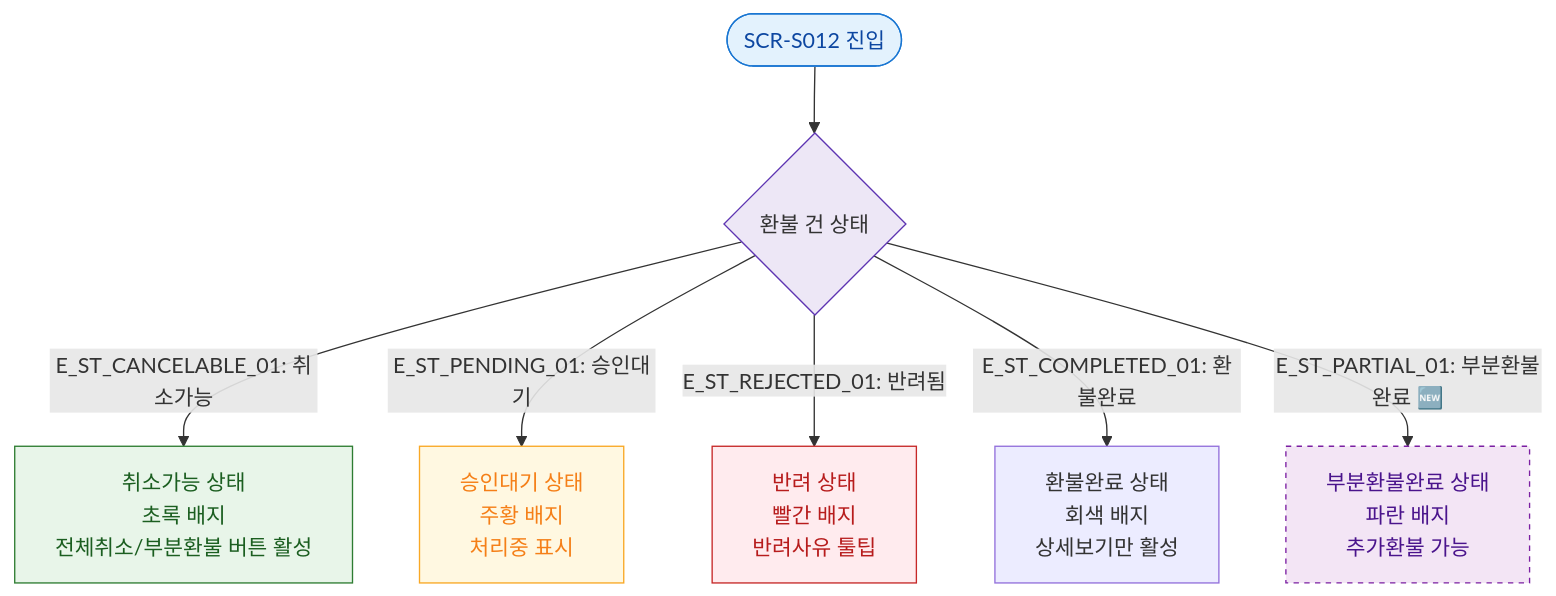
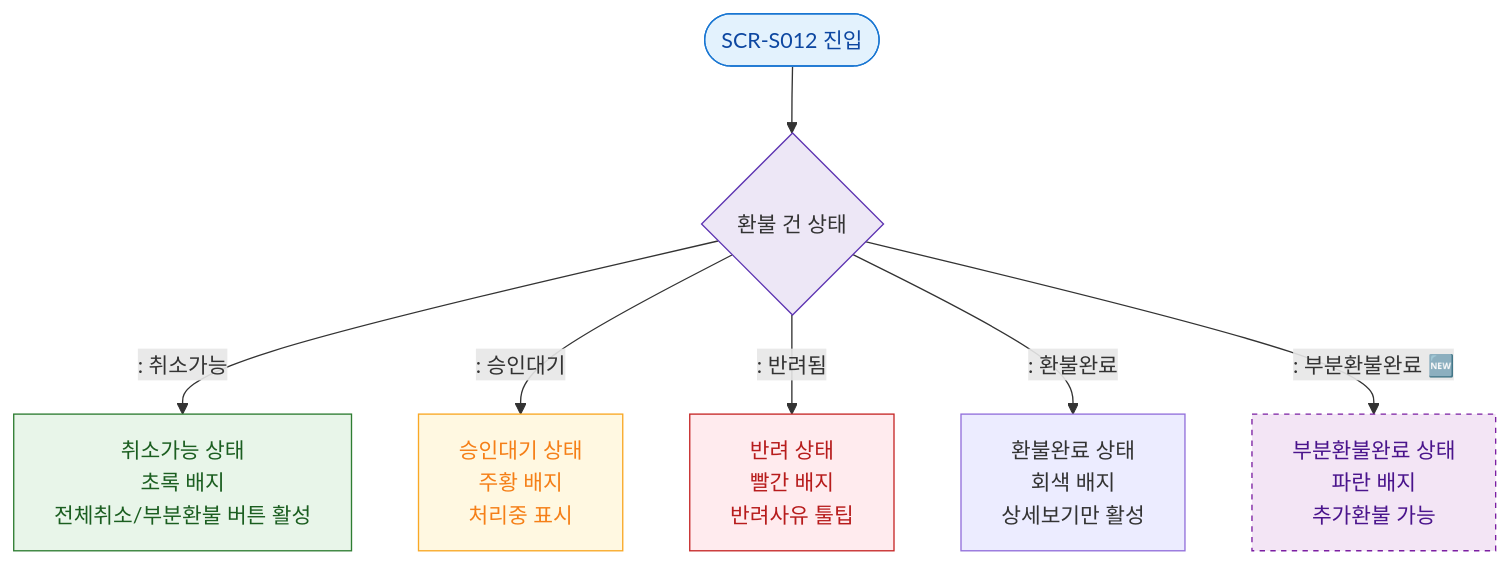
Before and after one commit to dev-spogym/admin-pando: the diagram in docs/다이어그램/D03_매출관리/SCR-S012_결제취소_부분환불/F6_상태별.md, drawn with Mermaid. The commit also changed other lines of this file and 1660 other files, not shown here.

First line of the commit message:
다이어그램: 기획자/클라이언트 납품본으로 정리

````diff
--- a/docs/다이어그램/D03_매출관리/SCR-S012_결제취소_부분환불/F6_상태별.md
+++ b/docs/다이어그램/D03_매출관리/SCR-S012_결제취소_부분환불/F6_상태별.md
@@ -20,24 +18,24 @@
 ```mermaid
 flowchart TD
     ENTRY([SCR-S012 진입]) --> STATUS_CHECK{환불 건 상태}
 
-    STATUS_CHECK -->|"E_ST_CANCELABLE_01: 취소가능"| CANCELABLE[취소가능 상태\n초록 배지\n전체취소/부분환불 버튼 활성]
-    STATUS_CHECK -->|"E_ST_PENDING_01: 승인대기"| PENDING[승인대기 상태\n주황 배지\n처리중 표시]
-    STATUS_CHECK -->|"E_ST_REJECTED_01: 반려됨"| REJECTED_ST[반려 상태\n빨간 배지\n반려사유 툴팁]
-    STATUS_CHECK -->|"E_ST_COMPLETED_01: 환불완료"| COMPLETED[환불완료 상태\n회색 배지\n상세보기만 활성]
-    STATUS_CHECK -->|"E_ST_PARTIAL_01: 부분환불완료 🆕"| PARTIAL_DONE[부분환불완료 상태\n파란 배지\n추가환불 가능]
+    STATUS_CHECK -->|": 취소가능"|CANCELABLE[취소가능 상태\n초록 배지\n전체취소/부분환불 버튼 활성]
+    STATUS_CHECK -->|": 승인대기"|PENDING[승인대기 상태\n주황 배지\n처리중 표시]
+    STATUS_CHECK -->|": 반려됨"|REJECTED_ST[반려 상태\n빨간 배지\n반려사유 툴팁]
+    STATUS_CHECK -->|": 환불완료"|COMPLETED[환불완료 상태\n회색 배지\n상세보기만 활성]
+    STATUS_CHECK -->|": 부분환불완료 🆕"|PARTIAL_DONE[부분환불완료 상태\n파란 배지\n추가환불 가능]
 
     classDef screen fill:#E3F2FD,stroke:#1976D2,color:#0D47A1
     classDef newFeature fill:#F3E5F5,stroke:#7B1FA2,color:#4A148C,stroke-dasharray:4 4
     classDef success fill:#E8F5E9,stroke:#2E7D32,color:#1B5E20
     classDef warning fill:#FFF8E1,stroke:#F9A825,color:#F57F17
     classDef error fill:#FFEBEE,stroke:#C62828,color:#B71C1C
     classDef system fill:#EDE7F6,stroke:#5E35B2
 
     class ENTRY screen
     class PARTIAL_DONE newFeature
     class CANCELABLE success
     class PENDING warning
     class REJECTED_ST error
     class STATUS_CHECK system
 ```
````
